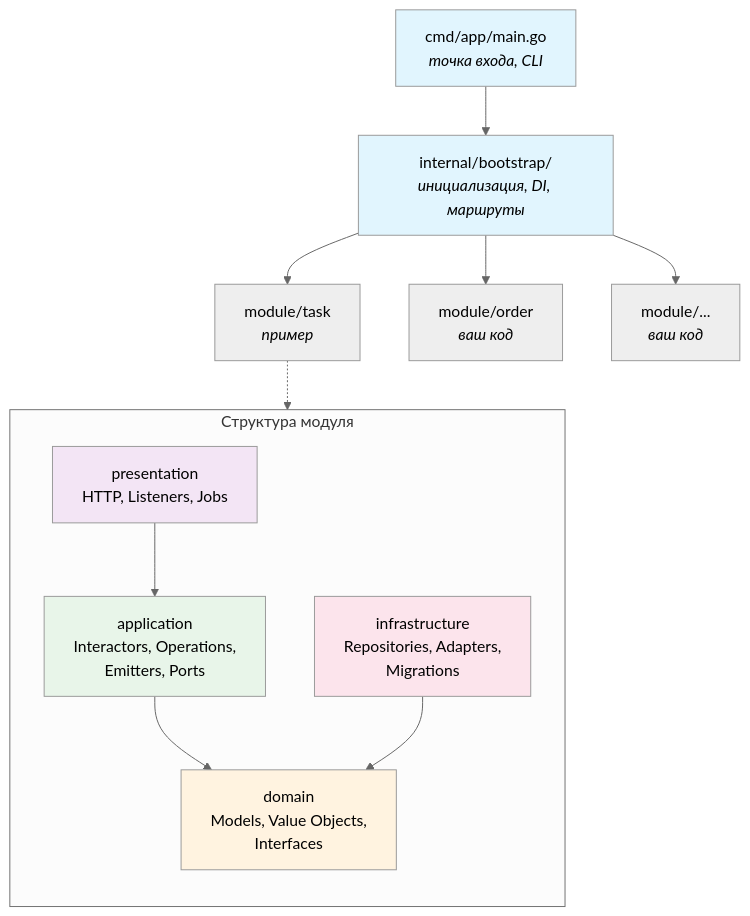
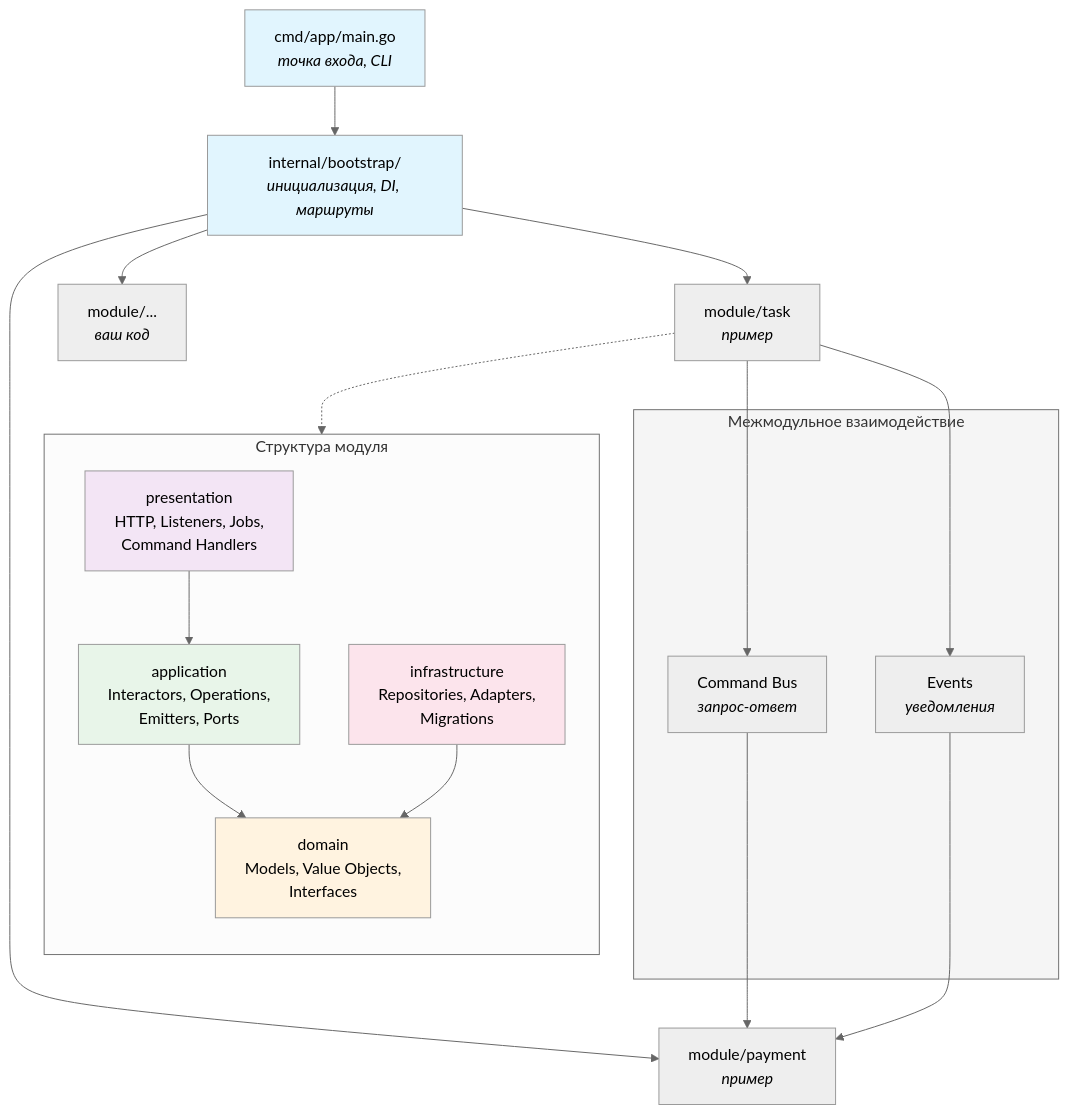
One commit to shuldan/skeleton changed the first of 14 diagrams in README.md. Above: the diagram before and after it, drawn with Mermaid (neutral theme). The commit also changed other lines of this file, not shown here.

````diff
--- a/README.md
+++ b/README.md
@@ -107,32 +124,43 @@
 ```mermaid
 graph TB
     CLI["cmd/app/main.go<br/><i>точка входа, CLI</i>"]
     BS["internal/bootstrap/<br/><i>инициализация, DI, маршруты</i>"]
     
     CLI --> BS
     
     BS --> M1["module/task<br/><i>пример</i>"]
-    BS --> M2["module/order<br/><i>ваш код</i>"]
+    BS --> M2["module/payment<br/><i>пример</i>"]
     BS --> M3["module/...<br/><i>ваш код</i>"]
 
     subgraph module["Структура модуля"]
         direction TB
-        PR["presentation<br/>HTTP, Listeners, Jobs"]
+        PR["presentation<br/>HTTP, Listeners, Jobs,<br/>Command Handlers"]
         AP["application<br/>Interactors, Operations,<br/>Emitters, Ports"]
         DM["domain<br/>Models, Value Objects,<br/>Interfaces"]
         IN["infrastructure<br/>Repositories, Adapters,<br/>Migrations"]
 
         PR --> AP
         AP --> DM
         IN --> DM
     end
 
     M1 -.-> module
 
+    subgraph communication["Межмодульное взаимодействие"]
+        EVT["Events<br/><i>уведомления</i>"]
+        CMD["Command Bus<br/><i>запрос-ответ</i>"]
+    end
+
+    M1 --> EVT
+    M1 --> CMD
+    CMD --> M2
+    EVT --> M2
+
     style CLI fill:#e1f5fe
     style BS fill:#e1f5fe
     style DM fill:#fff3e0
     style AP fill:#e8f5e9
     style PR fill:#f3e5f5
     style IN fill:#fce4ec
+    style communication fill:#f5f5f5
 ```
````
